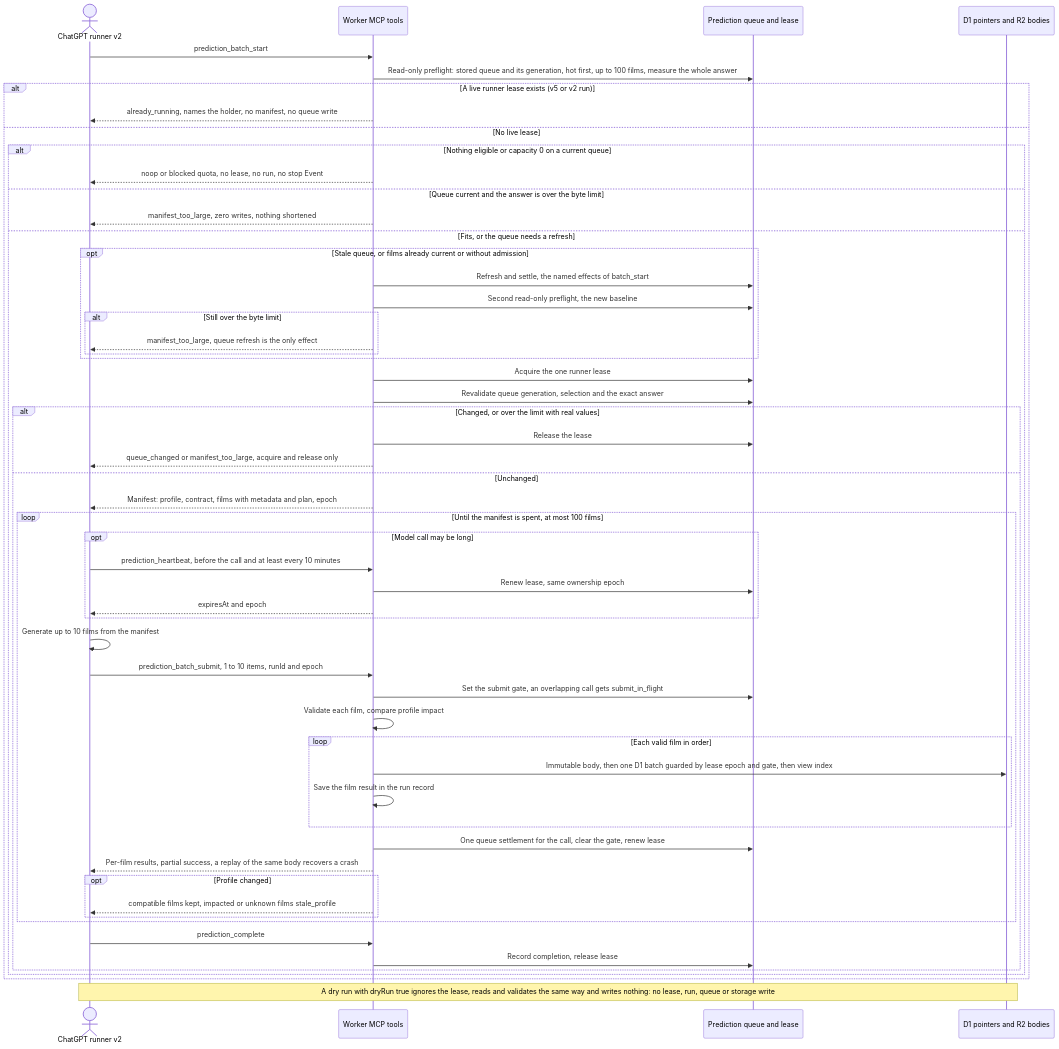
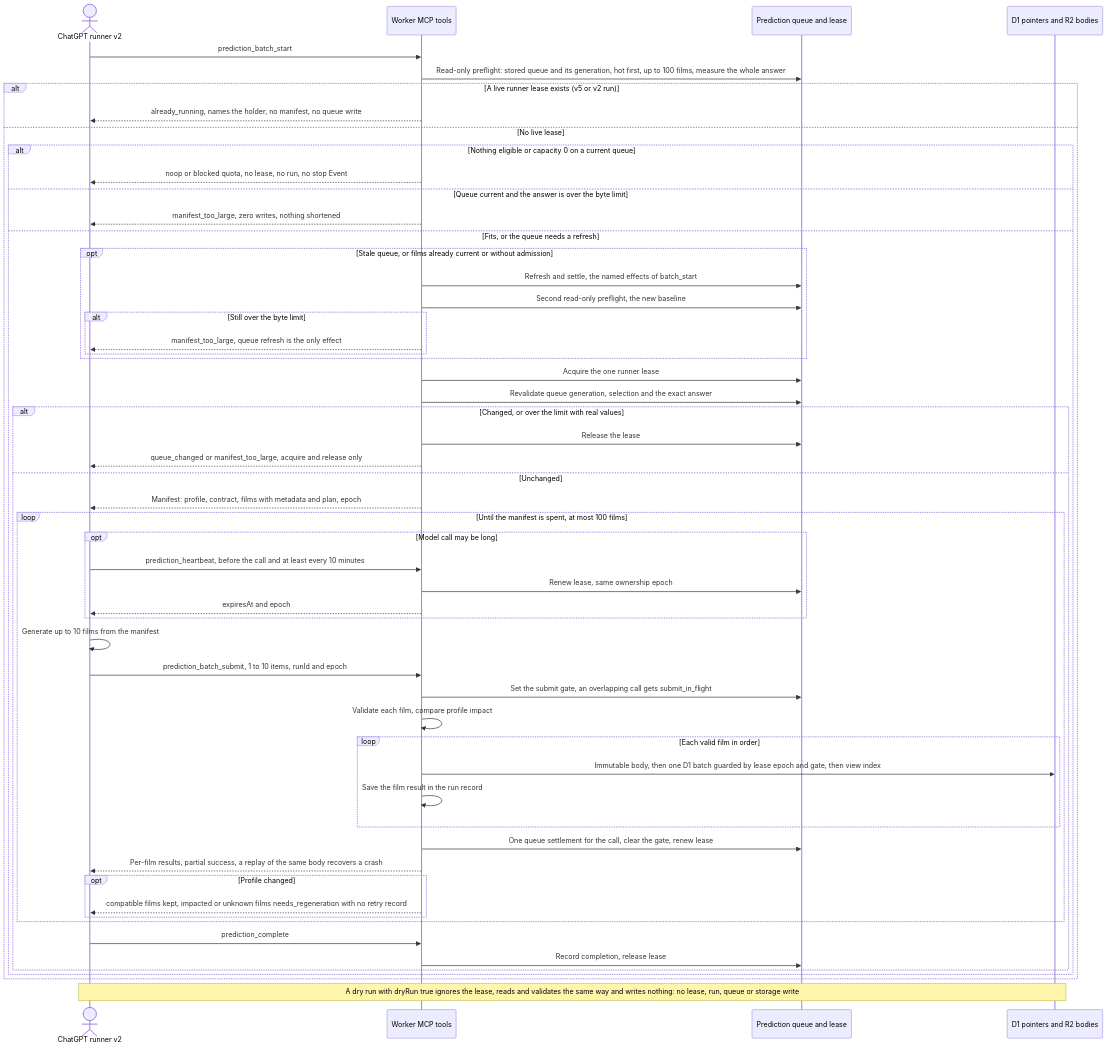
Before and after one commit to vladimino/iptv-watchlist: the second of 3 diagrams in docs/architecture/prediction-pipeline.md, drawn with Mermaid. The commit also changed other lines of this file and 18 other files, not shown here.

````diff
--- a/docs/architecture/prediction-pipeline.md
+++ b/docs/architecture/prediction-pipeline.md
@@ -68,57 +68,57 @@
 ```mermaid
 sequenceDiagram
     actor Client as ChatGPT runner v2
     participant MCP as Worker MCP tools
     participant Queue as Prediction queue and lease
     participant Store as D1 pointers and R2 bodies
     Client->>MCP: prediction_batch_start
     MCP->>Queue: Read-only preflight: stored queue and its generation, hot first, up to 100 films, measure the whole answer
     alt A live runner lease exists (v5 or v2 run)
         MCP-->>Client: already_running, names the holder, no manifest, no queue write
     else No live lease
         alt Nothing eligible or capacity 0 on a current queue
             MCP-->>Client: noop or blocked quota, no lease, no run, no stop Event
         else Queue current and the answer is over the byte limit
             MCP-->>Client: manifest_too_large, zero writes, nothing shortened
         else Fits, or the queue needs a refresh
             opt Stale queue, or films already current or without admission
                 MCP->>Queue: Refresh and settle, the named effects of batch_start
                 MCP->>Queue: Second read-only preflight, the new baseline
                 alt Still over the byte limit
                     MCP-->>Client: manifest_too_large, queue refresh is the only effect
                 end
             end
             MCP->>Queue: Acquire the one runner lease
             MCP->>Queue: Revalidate queue generation, selection and the exact answer
             alt Changed, or over the limit with real values
                 MCP->>Queue: Release the lease
                 MCP-->>Client: queue_changed or manifest_too_large, acquire and release only
             else Unchanged
                 MCP-->>Client: Manifest: profile, contract, films with metadata and plan, epoch
                 loop Until the manifest is spent, at most 100 films
                     opt Model call may be long
                         Client->>MCP: prediction_heartbeat, before the call and at least every 10 minutes
                         MCP->>Queue: Renew lease, same ownership epoch
                         MCP-->>Client: expiresAt and epoch
                     end
                     Client->>Client: Generate up to 10 films from the manifest
                     Client->>MCP: prediction_batch_submit, 1 to 10 items, runId and epoch
                     MCP->>Queue: Set the submit gate, an overlapping call gets submit_in_flight
                     MCP->>MCP: Validate each film, compare profile impact
                     loop Each valid film in order
                         MCP->>Store: Immutable body, then one D1 batch guarded by lease epoch and gate, then view index
                         MCP->>MCP: Save the film result in the run record
                     end
                     MCP->>Queue: One queue settlement for the call, clear the gate, renew lease
                     MCP-->>Client: Per-film results, partial success, a replay of the same body recovers a crash
                     opt Profile changed
-                        MCP-->>Client: compatible films kept, impacted or unknown films stale_profile
+                        MCP-->>Client: compatible films kept, impacted or unknown films needs_regeneration with no retry record
                     end
                 end
                 Client->>MCP: prediction_complete
                 MCP->>Queue: Record completion, release lease
             end
         end
     end
     Note over Client,Store: A dry run with dryRun true ignores the lease, reads and validates the same way and writes nothing: no lease, run, queue or storage write
 ```
````
